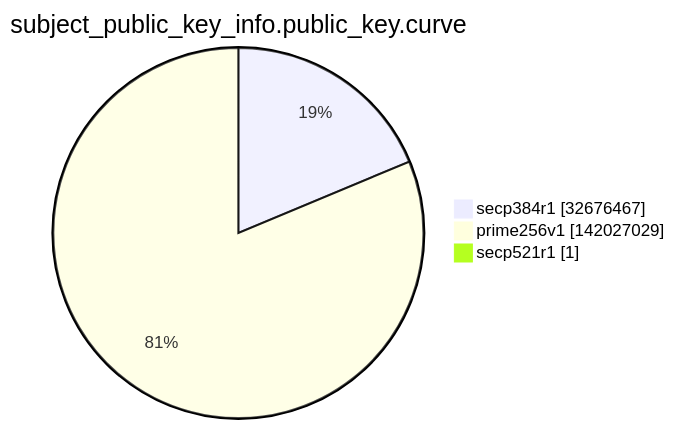
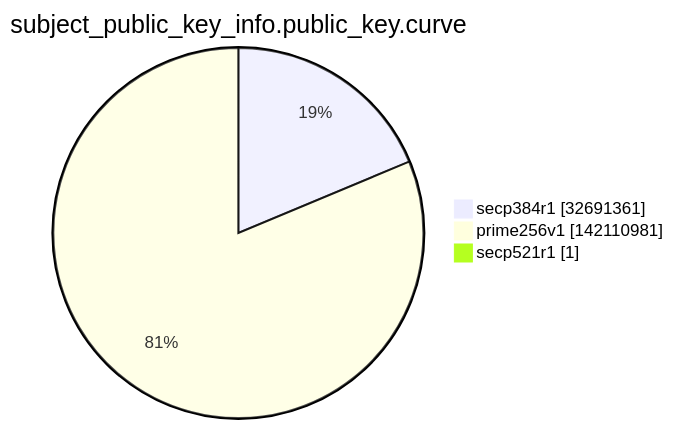
The ninth of 15 diagrams in argon2022/README.md (christiankrug/ctmonitor_visualization), drawn with Mermaid before and after one commit. The commit also changed other lines of this file, not shown here.

````diff
--- a/argon2022/README.md
+++ b/argon2022/README.md
@@ -2763,7 +2763,7 @@
 ```mermaid
 pie showData
 title subject_public_key_info.public_key.curve
-"secp384r1" :32676467
-"prime256v1" :142027029
+"secp384r1" :32691361
+"prime256v1" :142110981
 "secp521r1" :1
 ```
````
